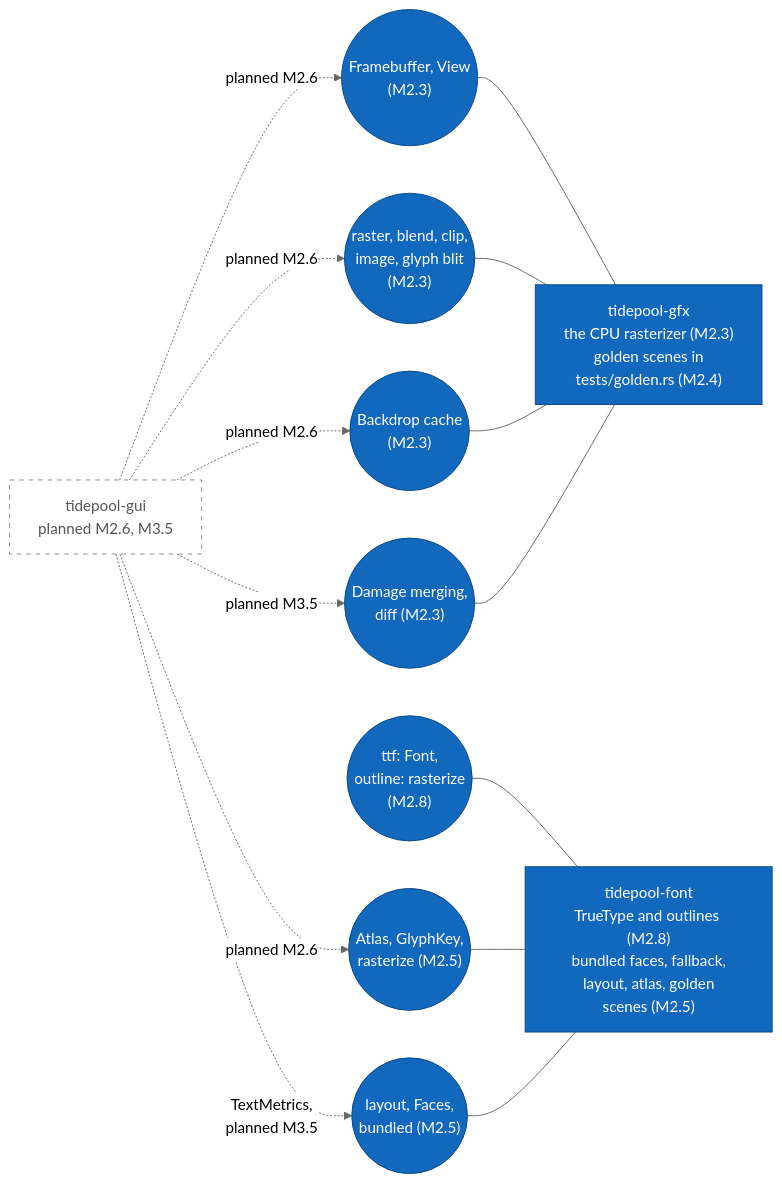
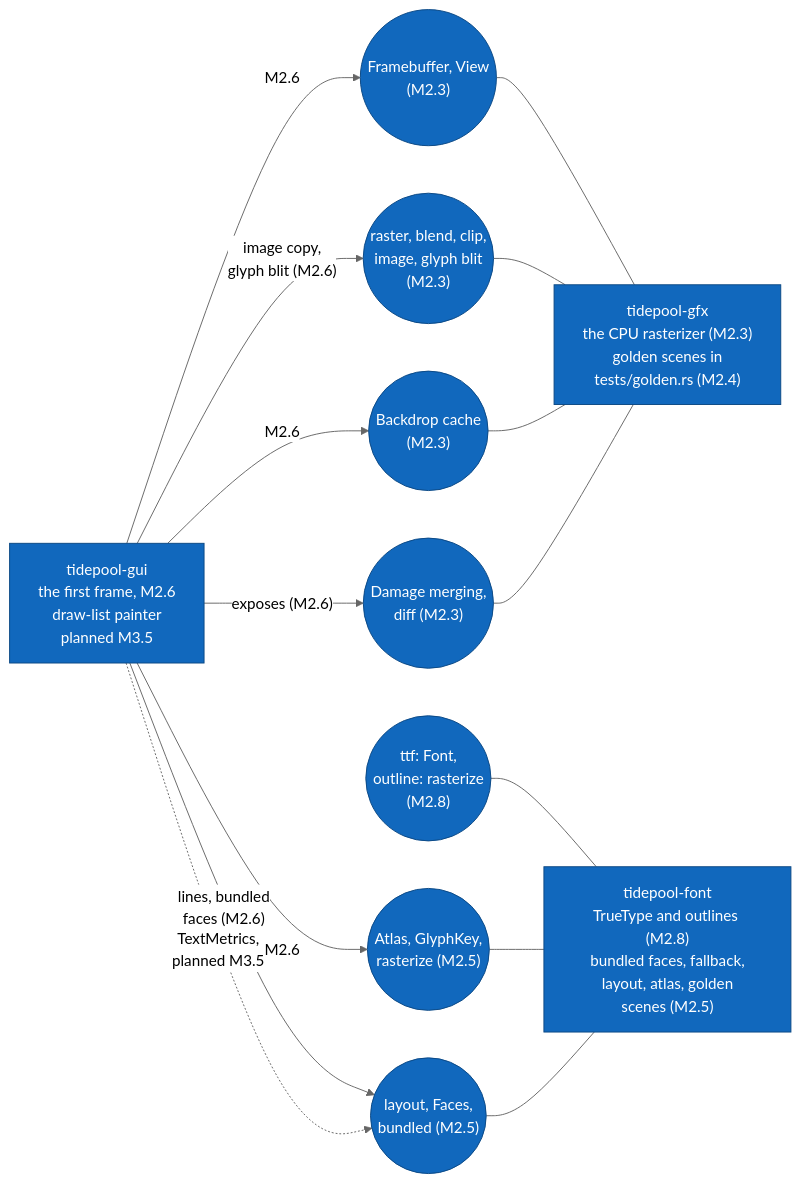
The tenth of 21 diagrams in diagrams/component-diagrams.md (jabbott-iii/Tidepool), drawn with Mermaid (neutral theme) before and after one commit. The commit also changed other lines of this file and 35 other files, not shown here.

First line of the commit message:
gui, app: the first frame (M2.6)

````diff
--- a/diagrams/component-diagrams.md
+++ b/diagrams/component-diagrams.md
@@ -544,35 +553,35 @@
 ```mermaid
 flowchart LR
-    c_gui["tidepool-gui<br/>planned M2.6, M3.5"]
+    c_gui["tidepool-gui<br/>the first frame, M2.6<br/>draw-list painter<br/>planned M3.5"]
 
     i_fb(("Framebuffer, View<br/>(M2.3)"))
     i_raster(("raster, blend, clip,<br/>image, glyph blit<br/>(M2.3)"))
     i_backdrop(("Backdrop cache<br/>(M2.3)"))
     i_damage(("Damage merging,<br/>diff (M2.3)"))
     c_gfx["tidepool-gfx<br/>the CPU rasterizer (M2.3)<br/>golden scenes in<br/>tests/golden.rs (M2.4)"]
 
     i_ttf(("ttf: Font,<br/>outline: rasterize<br/>(M2.8)"))
     i_atlas(("Atlas, GlyphKey,<br/>rasterize (M2.5)"))
     i_layout(("layout, Faces,<br/>bundled (M2.5)"))
     c_font["tidepool-font<br/>TrueType and outlines (M2.8)<br/>bundled faces, fallback,<br/>layout, atlas, golden<br/>scenes (M2.5)"]
 
-    c_gui -.->|"planned M2.6"| i_fb
-    c_gui -.->|"planned M2.6"| i_raster
-    c_gui -.->|"planned M2.6"| i_backdrop
-    c_gui -.->|"planned M3.5"| i_damage
-    c_gui -.->|"planned M2.6"| i_atlas
+    c_gui -->|"M2.6"| i_fb
+    c_gui -->|"image copy,<br/>glyph blit (M2.6)"| i_raster
+    c_gui -->|"M2.6"| i_backdrop
+    c_gui -->|"exposes (M2.6)"| i_damage
+    c_gui -->|"M2.6"| i_atlas
+    c_gui -->|"lines, bundled<br/>faces (M2.6)"| i_layout
     c_gui -.->|"TextMetrics,<br/>planned M3.5"| i_layout
 
     i_fb --- c_gfx
     i_raster --- c_gfx
     i_backdrop --- c_gfx
     i_damage --- c_gfx
     i_ttf --- c_font
     i_atlas --- c_font
     i_layout --- c_font
 
     classDef built fill:#1168bd,stroke:#0b4884,color:#ffffff
     classDef planned fill:#ffffff,stroke:#888888,stroke-dasharray: 5 5,color:#555555
-    class c_gfx,i_fb,i_raster,i_backdrop,i_damage,c_font,i_ttf,i_atlas,i_layout built
-    class c_gui planned
+    class c_gui,c_gfx,i_fb,i_raster,i_backdrop,i_damage,c_font,i_ttf,i_atlas,i_layout built
 ```
````
